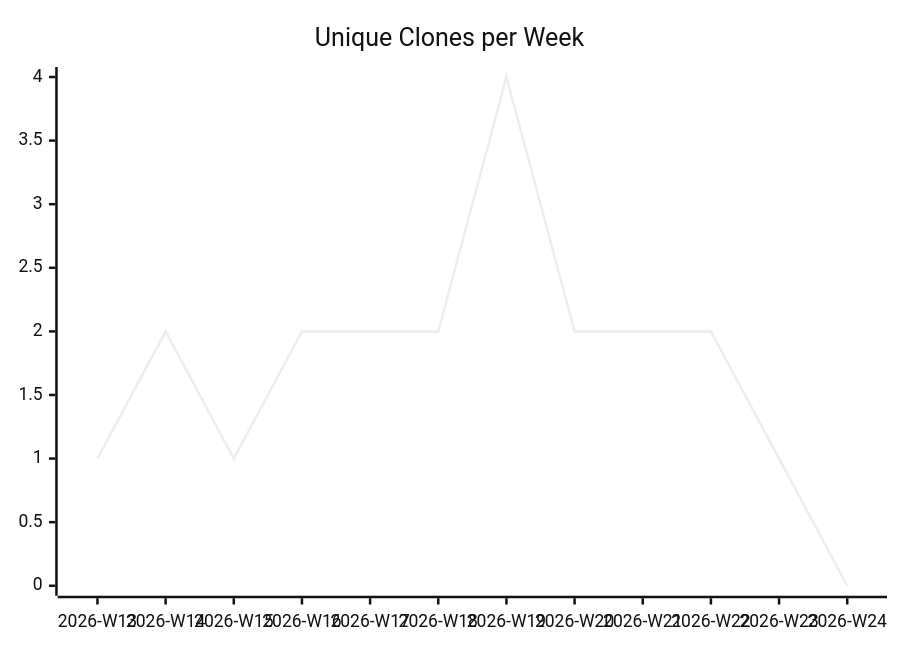
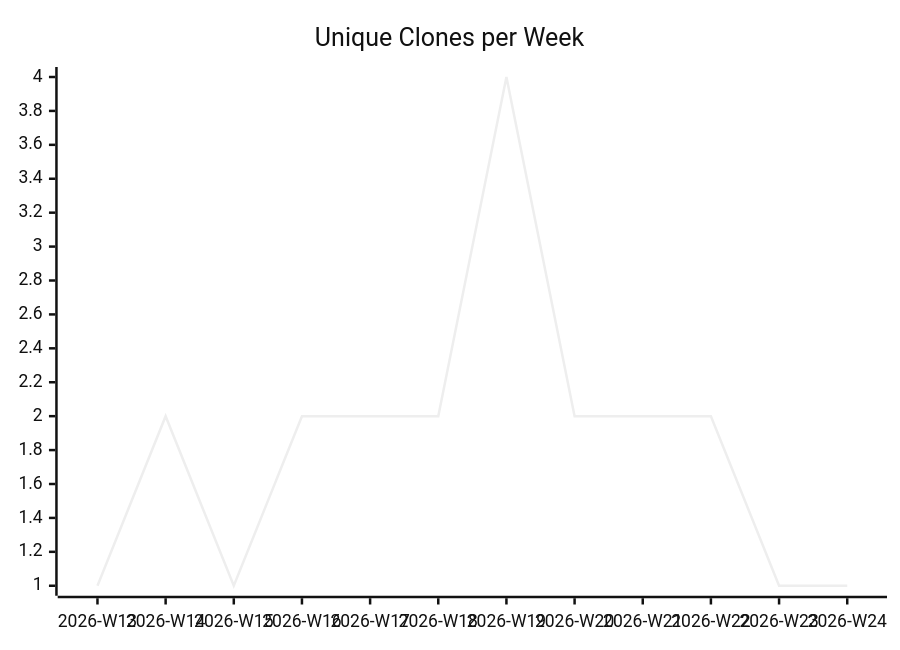
The third of 3 diagrams in karlmdavis/sample-maven-and-rcp/README.md (justdavis-family/github-analytics-data), drawn with Mermaid (neutral theme) before and after one commit. The commit also changed other lines of this file and 194 other files, not shown here.

````diff
--- a/karlmdavis/sample-maven-and-rcp/README.md
+++ b/karlmdavis/sample-maven-and-rcp/README.md
@@ -19,6 +19,6 @@
 ```mermaid
 xychart-beta
   title "Unique Clones per Week"
   x-axis ["2026-W13", "2026-W14", "2026-W15", "2026-W16", "2026-W17", "2026-W18", "2026-W19", "2026-W20", "2026-W21", "2026-W22", "2026-W23", "2026-W24"]
-  line [1, 2, 1, 2, 2, 2, 4, 2, 2, 2, 1, 0]
+  line [1, 2, 1, 2, 2, 2, 4, 2, 2, 2, 1, 1]
 ```
````
